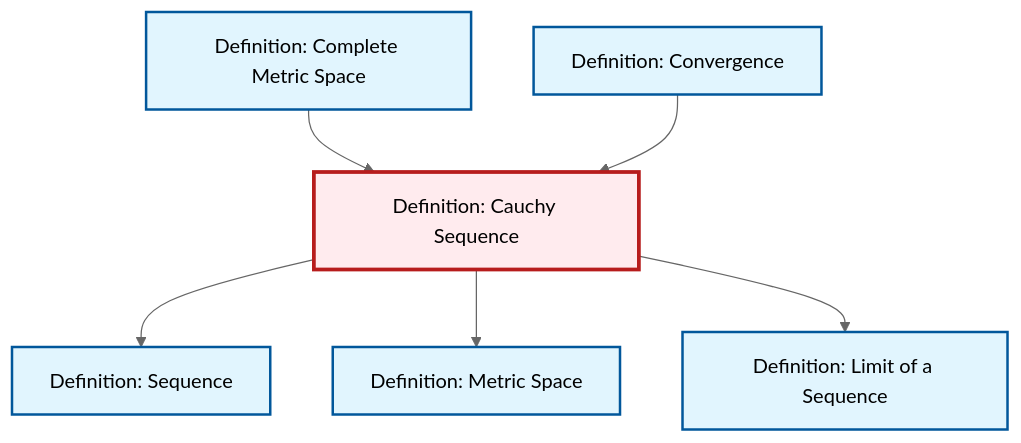
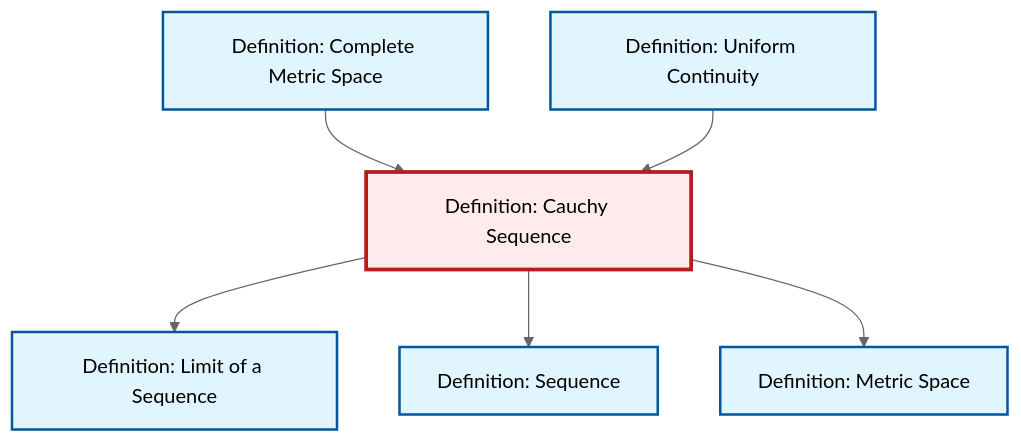
The diagram in content/en/analysis/def-cauchy-sequence.qmd (RK0429/ModernMath), drawn with Mermaid (neutral theme) before and after one commit. The commit also changed 531 other files, not shown here.

````diff
--- a/content/en/analysis/def-cauchy-sequence.qmd
+++ b/content/en/analysis/def-cauchy-sequence.qmd
@@ -88,26 +88,26 @@
 ```{mermaid}
 %%| fig-cap: "Local dependency graph"
 graph TD
     classDef definition fill:#e1f5fe,stroke:#01579b,stroke-width:2px
     classDef theorem fill:#f3e5f5,stroke:#4a148c,stroke-width:2px
     classDef axiom fill:#fff3e0,stroke:#e65100,stroke-width:2px
     classDef example fill:#e8f5e9,stroke:#1b5e20,stroke-width:2px
     classDef current fill:#ffebee,stroke:#b71c1c,stroke-width:3px
+    def-metric-space["Definition: Metric Space"]:::definition
     def-sequence["Definition: Sequence"]:::definition
-    def-metric-space["Definition: Metric Space"]:::definition
     def-limit["Definition: Limit of a Sequence"]:::definition
+    def-uniform-continuity["Definition: Uniform Continuity"]:::definition
     def-cauchy-sequence["Definition: Cauchy Sequence"]:::definition
     def-complete-metric-space["Definition: Complete Metric Space"]:::definition
-    def-convergence["Definition: Convergence"]:::definition
+    def-cauchy-sequence --> def-limit
+    def-cauchy-sequence --> def-sequence
     def-complete-metric-space --> def-cauchy-sequence
-    def-convergence --> def-cauchy-sequence
-    def-cauchy-sequence --> def-sequence
     def-cauchy-sequence --> def-metric-space
-    def-cauchy-sequence --> def-limit
+    def-uniform-continuity --> def-cauchy-sequence
     class def-cauchy-sequence current
+    click def-metric-space "def-metric-space.html" "Go to Metric Space definition"
     click def-sequence "def-sequence.html" "Go to Sequence definition"
-    click def-metric-space "../geometry/def-metric-space.html" "Go to Metric Space definition"
-    click def-limit "def-limit.html" "Go to Limit definition"
+    click def-limit "def-limit.html" "Go to Limit of a Sequence definition"
+    click def-uniform-continuity "def-uniform-continuity.html" "Go to Uniform Continuity definition"
     click def-complete-metric-space "def-complete-metric-space.html" "Go to Complete Metric Space definition"
-    click def-convergence "def-convergence.html" "Go to Convergence definition"
 ```
````
